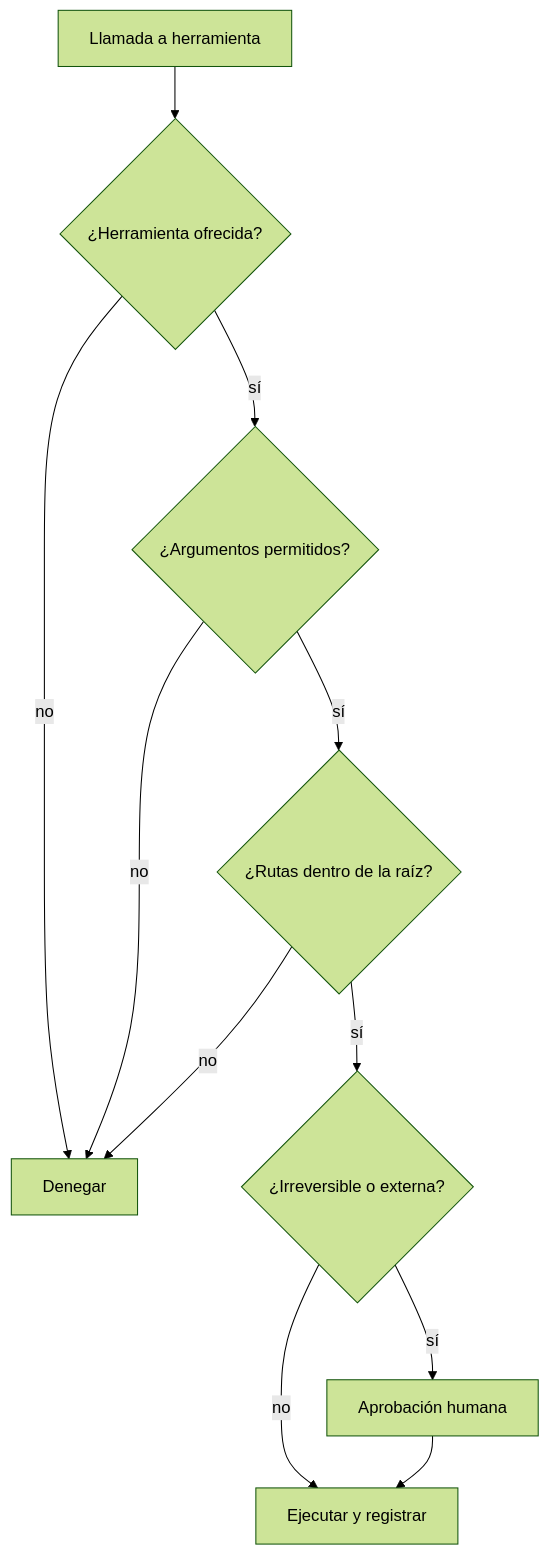
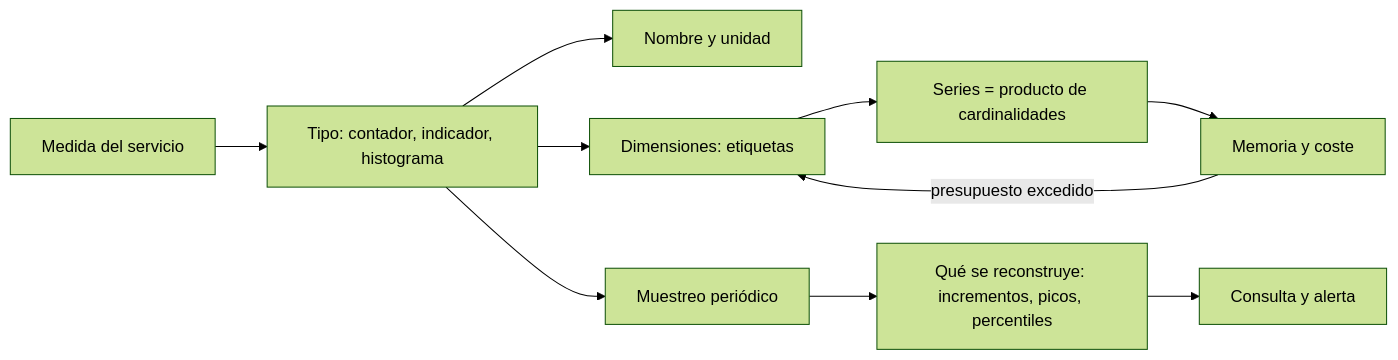
The diagram in content/part-41/SE-495.md (vladimiracunadev-create/modern-software-engineering-program), drawn with Mermaid (forest theme) before and after one commit. The commit also changed other lines of this file and 5193 other files, not shown here.

````diff
--- a/content/part-41/SE-495.md
+++ b/content/part-41/SE-495.md
@@ -57,13 +54,12 @@
 ```mermaid
-flowchart TD
-    A[Llamada a herramienta] --> B{¿Herramienta ofrecida?}
-    B -->|no| X[Denegar]
-    B -->|sí| C{¿Argumentos permitidos?}
-    C -->|no| X
-    C -->|sí| D{¿Rutas dentro de la raíz?}
-    D -->|no| X
-    D -->|sí| E{¿Irreversible o externa?}
-    E -->|sí| F[Aprobación humana]
-    E -->|no| G[Ejecutar y registrar]
-    F --> G
+flowchart LR
+    A[Medida del servicio] --> B[Tipo: contador, indicador, histograma]
+    B --> C[Nombre y unidad]
+    B --> D[Dimensiones: etiquetas]
+    D --> E[Series = producto de cardinalidades]
+    E --> F[Memoria y coste]
+    B --> G[Muestreo periódico]
+    G --> H[Qué se reconstruye: incrementos, picos, percentiles]
+    H --> I[Consulta y alerta]
+    F -->|presupuesto excedido| D
 ```
````
